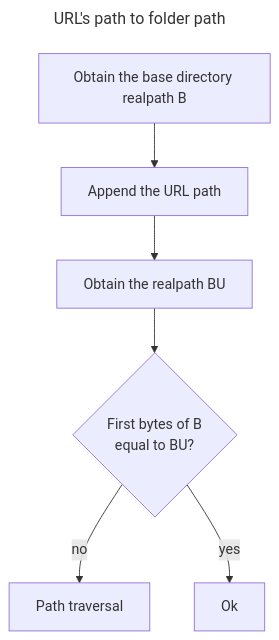
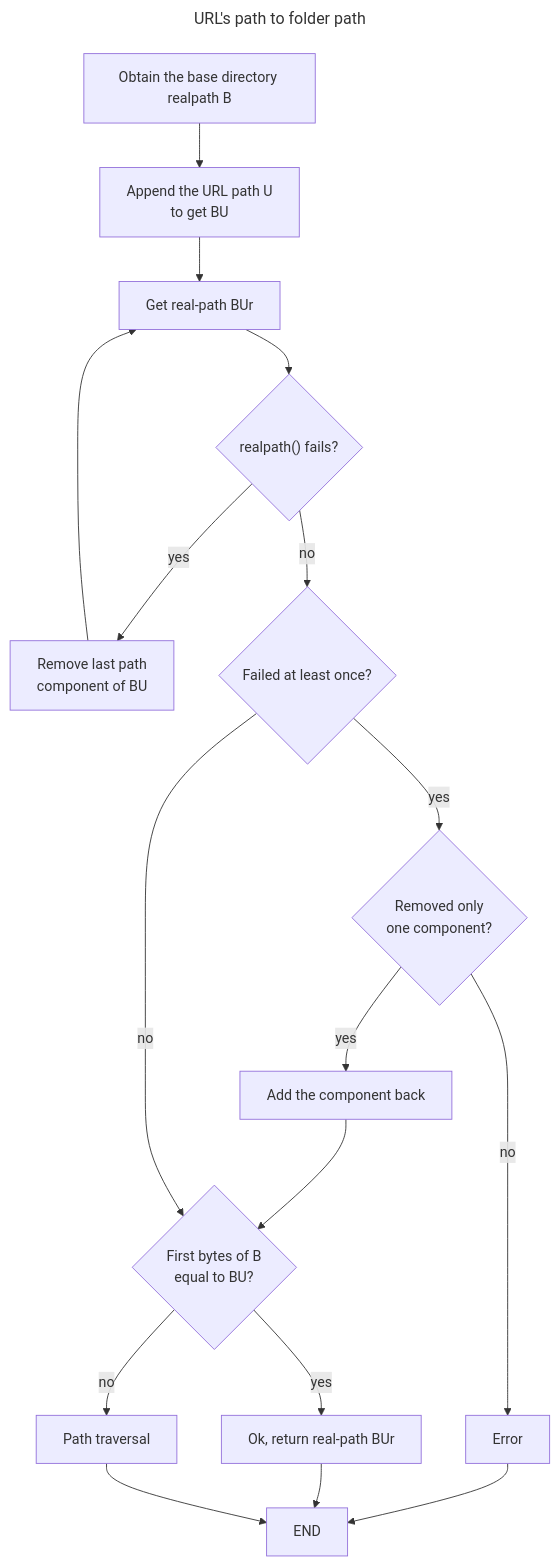
Before and after one commit to GabrieleDonato799/DoS: diagram 11 of 14 in README.md, drawn with Mermaid. The commit also changed other lines of this file and 12 other files, not shown here.

````diff
--- a/README.md
+++ b/README.md
@@ -536,18 +543,36 @@
 ```mermaid
 ---
 title: URL's path to folder path
 ---
 flowchart TD
 	A["Obtain the base directory realpath B"]
-	B["Append the URL path"]
-	C["Obtain the realpath BU"]
-	D{"First bytes of B<br>equal to BU?"}
-	E["Path traversal"]
-	F["Ok"]
+	C["Append the URL path U<br>to get BU"]
+	D["Get real-path BUr"]
+	J{"realpath() fails?"}
+	K["Remove last path<br>component of BU"]
+	L{"Failed at least once?"}
+	M{"Removed only<br>one component?"}
+	N["Add the component back"]
+	E{"First bytes of B<br>equal to BU?"}
+	F["Path traversal"]
+	G["Ok, return real-path BUr"]
+	O["Error"]
+	Z["END"]
 
-	A-->B
-	B-->C
+	A-->C
 	C-->D
-	D-->|no|E
-	D-->|yes|F
+	D-->J
+	J-->|yes|K
+	K-->D
+	J-->|no|L
+	L-->|yes|M
+	M-->|yes|N
+	M-->|no|O
+	N-->E
+	L-->|no|E
+	E-->|no|F
+	E-->|yes|G
+	O-->Z
+	G-->Z
+	F-->Z
 ```
````
